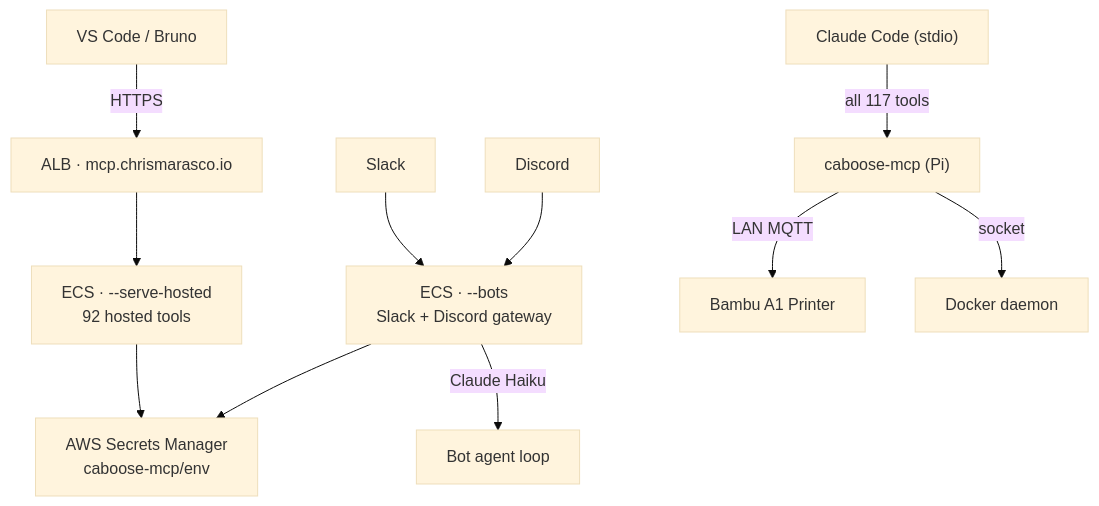
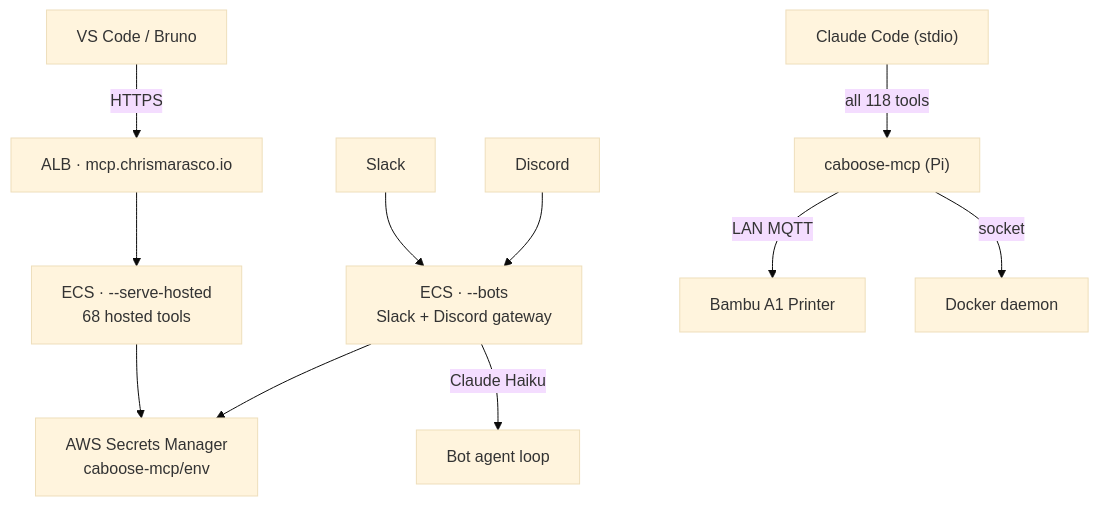
The diagram in README.md (caboose-mcp/caboose-mcp), drawn with Mermaid (base theme) before and after one commit. The commit also changed other lines of this file and 8 other files, not shown here.

````diff
--- a/README.md
+++ b/README.md
@@ -22,12 +24,12 @@
 ```mermaid
 graph TD
-    Claude["Claude Code (stdio)"] -->|all 117 tools| Binary["caboose-mcp (Pi)"]
+    Claude["Claude Code (stdio)"] -->|all 118 tools| Binary["caboose-mcp (Pi)"]
     VSCode["VS Code / Bruno"] -->|HTTPS| ALB["ALB · mcp.chrismarasco.io"]
-    ALB --> Serve["ECS · --serve-hosted\n92 hosted tools"]
+    ALB --> Serve["ECS · --serve-hosted\n68 hosted tools"]
     Slack["Slack"] --> Bots["ECS · --bots\nSlack + Discord gateway"]
     Discord["Discord"] --> Bots
     Bots -->|Claude Haiku| Agent["Bot agent loop"]
     Binary -->|LAN MQTT| Bambu["Bambu A1 Printer"]
     Binary -->|socket| DockerD["Docker daemon"]
     Serve & Bots --> SM["AWS Secrets Manager\ncaboose-mcp/env"]
 ```
````
